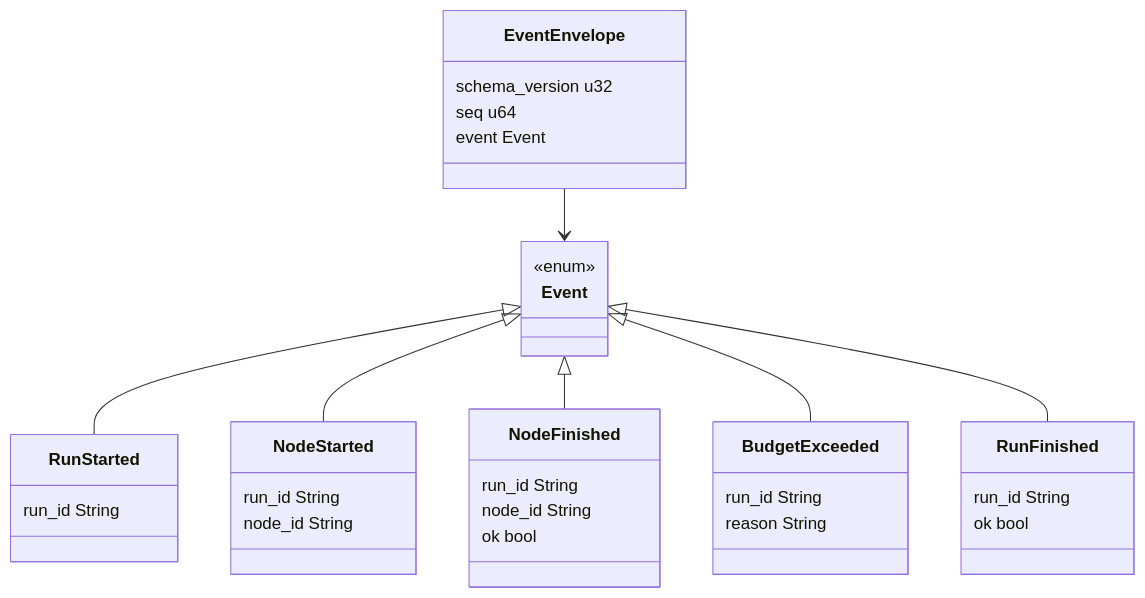
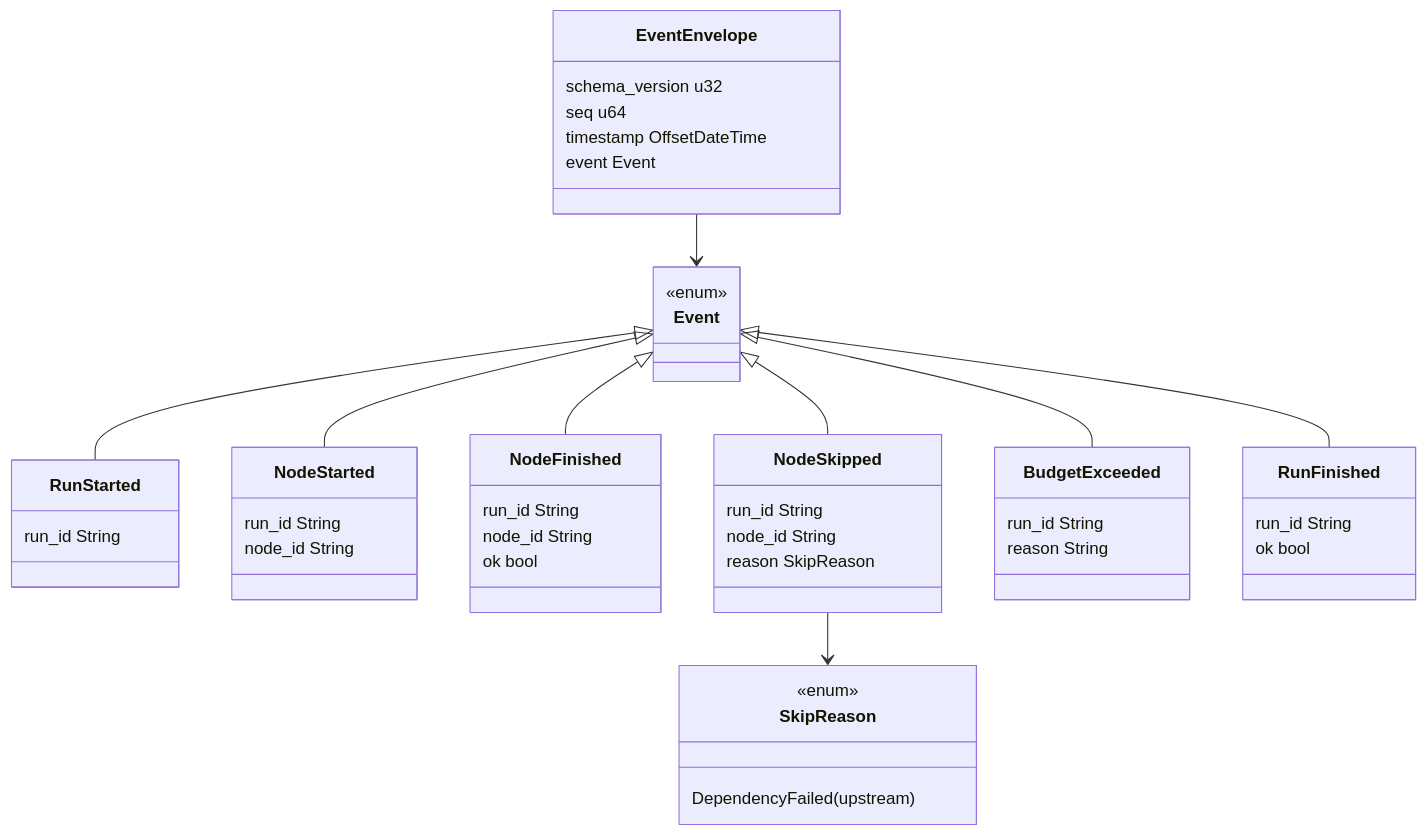
Before and after one commit to DoctorMozg/orno: the ninth of 11 diagrams in docs/flows.md, drawn with Mermaid. The commit also changed other lines of this file and 34 other files, not shown here.

Commit message:
Basic tempaltes and graph

````diff
--- a/docs/flows.md
+++ b/docs/flows.md
@@ -410,37 +442,49 @@
 ```mermaid
 classDiagram
     class EventEnvelope {
         schema_version u32
         seq u64
+        timestamp OffsetDateTime
         event Event
     }
     class Event {
         <<enum>>
     }
     class RunStarted {
         run_id String
     }
     class NodeStarted {
         run_id String
         node_id String
     }
     class NodeFinished {
         run_id String
         node_id String
         ok bool
     }
+    class NodeSkipped {
+        run_id String
+        node_id String
+        reason SkipReason
+    }
+    class SkipReason {
+        <<enum>>
+        DependencyFailed(upstream)
+    }
     class BudgetExceeded {
         run_id String
         reason String
     }
     class RunFinished {
         run_id String
         ok bool
     }
     EventEnvelope --> Event
     Event <|-- RunStarted
     Event <|-- NodeStarted
     Event <|-- NodeFinished
+    Event <|-- NodeSkipped
     Event <|-- BudgetExceeded
     Event <|-- RunFinished
+    NodeSkipped --> SkipReason
 ```
````
